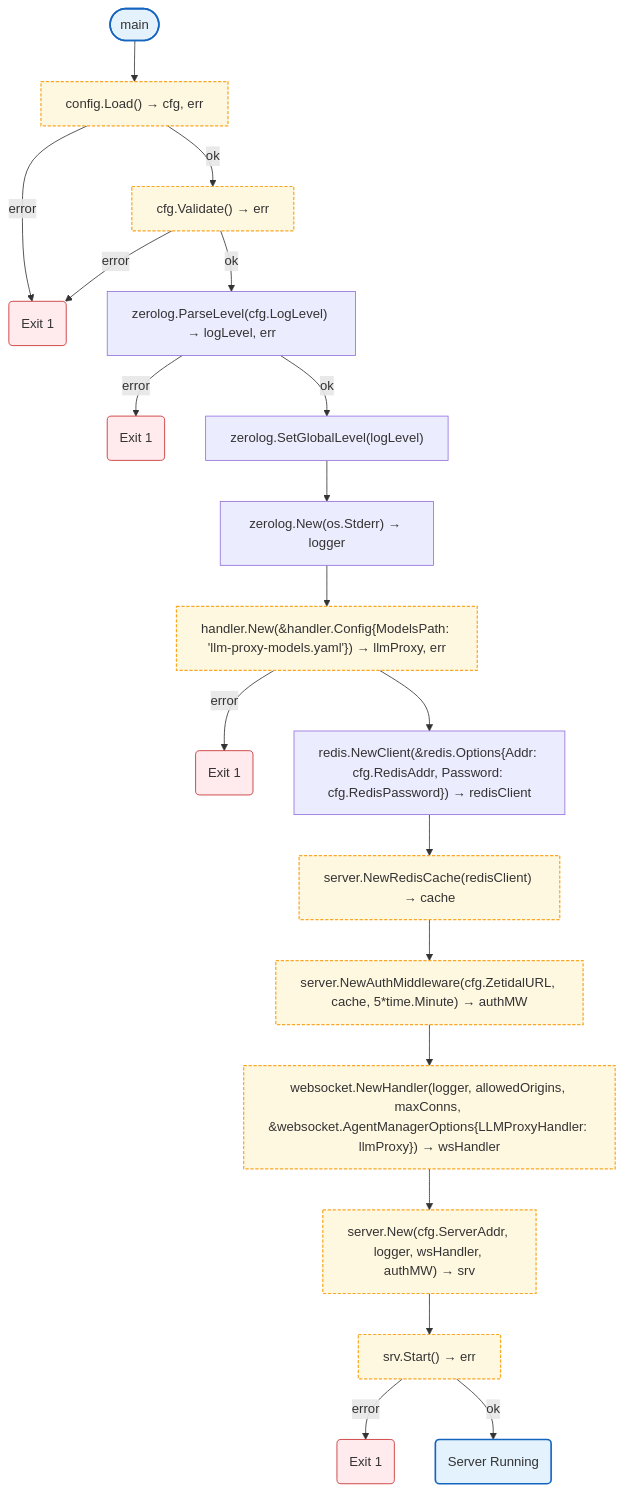
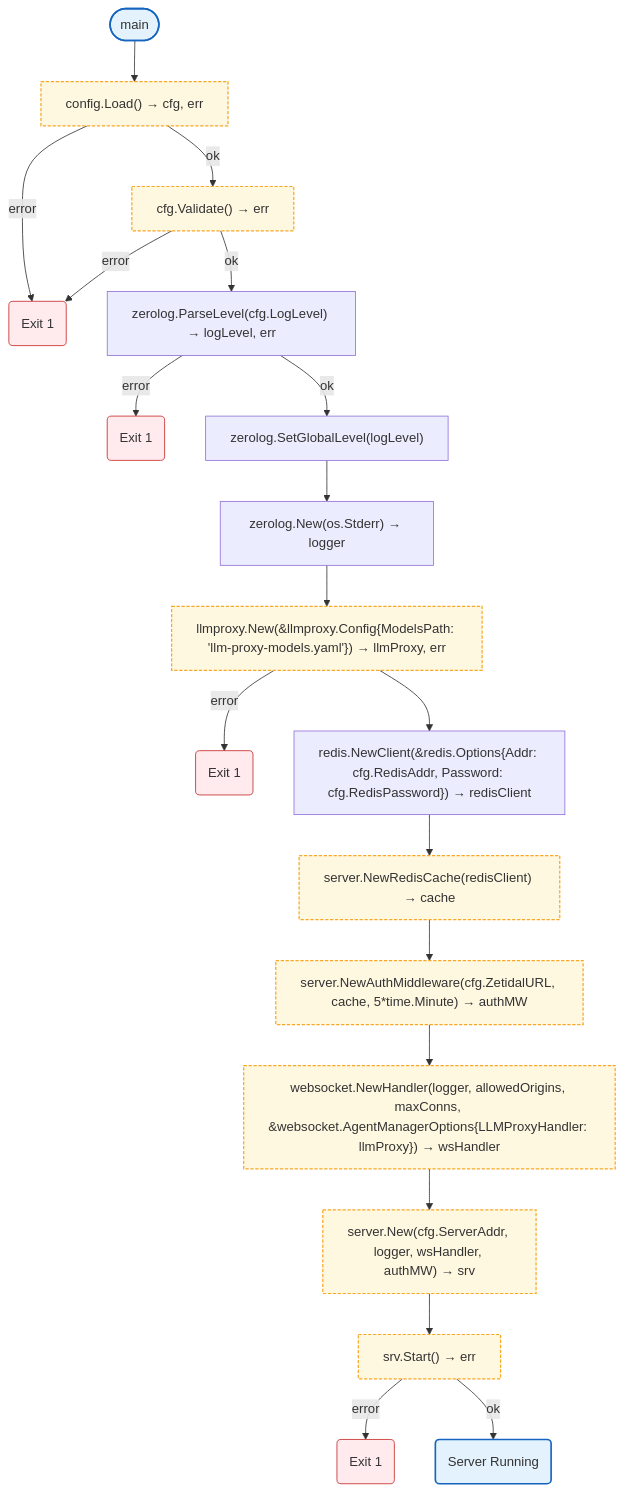
The diagram in docs/cmd/gateway.md (radch-ai/ava), drawn with Mermaid before and after one commit. The commit also changed other lines of this file and 4 other files, not shown here.

First line of the commit message:
refactor: rename handler package to llmproxy

````diff
--- a/docs/cmd/gateway.md
+++ b/docs/cmd/gateway.md
@@ -7,37 +7,37 @@
 ```mermaid
 flowchart TB
     Start([main]) --> LoadCfg["config.Load() → cfg, err"]
     LoadCfg -->|error| Exit1("Exit 1")
     LoadCfg -->|ok| ValidateCfg["cfg.Validate() → err"]
     ValidateCfg -->|error| Exit1
     ValidateCfg -->|ok| ParseLevel["zerolog.ParseLevel(cfg.LogLevel) → logLevel, err"]
     ParseLevel -->|error| Exit2("Exit 1")
     ParseLevel -->|ok| SetLevel["zerolog.SetGlobalLevel(logLevel)"]
      SetLevel --> CreateLogger["zerolog.New(os.Stderr) → logger"]
-      CreateLogger --> InitProxy["handler.New(&handler.Config{ModelsPath: 'llm-proxy-models.yaml'}) → llmProxy, err"]
+      CreateLogger --> InitProxy["llmproxy.New(&llmproxy.Config{ModelsPath: 'llm-proxy-models.yaml'}) → llmProxy, err"]
       InitProxy -->|error| ExitProxy("Exit 1")
      InitProxy --> InitRedis["redis.NewClient(&redis.Options{Addr: cfg.RedisAddr, Password: cfg.RedisPassword}) → redisClient"]
     InitRedis --> CreateCache["server.NewRedisCache(redisClient) → cache"]
     CreateCache --> CreateAuthMW["server.NewAuthMiddleware(cfg.ZetidalURL, cache, 5*time.Minute) → authMW"]
     CreateAuthMW --> CreateWS["websocket.NewHandler(logger, allowedOrigins, maxConns, &websocket.AgentManagerOptions{LLMProxyHandler: llmProxy}) → wsHandler"]
     CreateWS --> CreateServer["server.New(cfg.ServerAddr, logger, wsHandler, authMW) → srv"]
     CreateServer --> StartServer["srv.Start() → err"]
     StartServer -->|error| Exit3("Exit 1")
     StartServer -->|ok| Running("Server Running")
 
     click LoadCfg href "../config/README.md"
     click ValidateCfg href "../config/README.md"
     click InitProxy href "https://github.com/nevaria-ai/llm-proxy-sdk"
     click CreateCache href "../internal/server/README.md"
     click CreateAuthMW href "../internal/server/README.md"
     click CreateWS href "../internal/websocket.md"
     click CreateServer href "../internal/server/README.md"
 
     classDef mainFn fill:#e3f2fd,stroke:#1565c0,stroke-width:2px
     classDef localPkgs fill:#fff8e1,stroke:#f9a825,stroke-width:1.5px,stroke-dasharray:4 2
     classDef errorFlow fill:#ffebee,stroke:#c62828,stroke-width:1px
 
     class Start,Running mainFn
     class Exit1,Exit2,Exit3,ExitProxy errorFlow
     class LoadCfg,ValidateCfg,InitProxy,CreateCache,CreateAuthMW,CreateWS,CreateServer,StartServer localPkgs
 ```
````
